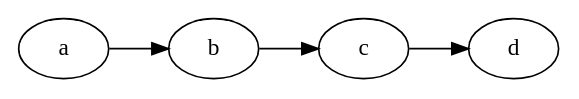
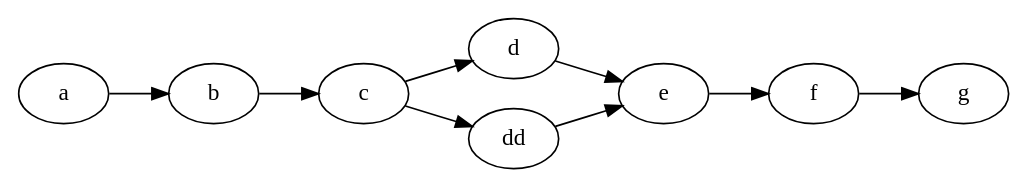
Before and after one commit to kareltucek/ctb: the diagram in thesis/contents/graphs/simple.dot, drawn with Graphviz. The commit also changed 15 other files, not shown here.

```diff
--- a/thesis/contents/graphs/simple.dot
+++ b/thesis/contents/graphs/simple.dot
@@ -1,6 +1,12 @@
 digraph g {
-rankdir = LR;
-  a->b
-  b->c
-  c->d
+rankdir="LR";
+#include
+  a->b;
+  b->c;
+  c->d;
+  c->dd;
+  d->e;
+  dd->e;
+  e->f;
+  f->g;
 }
```
